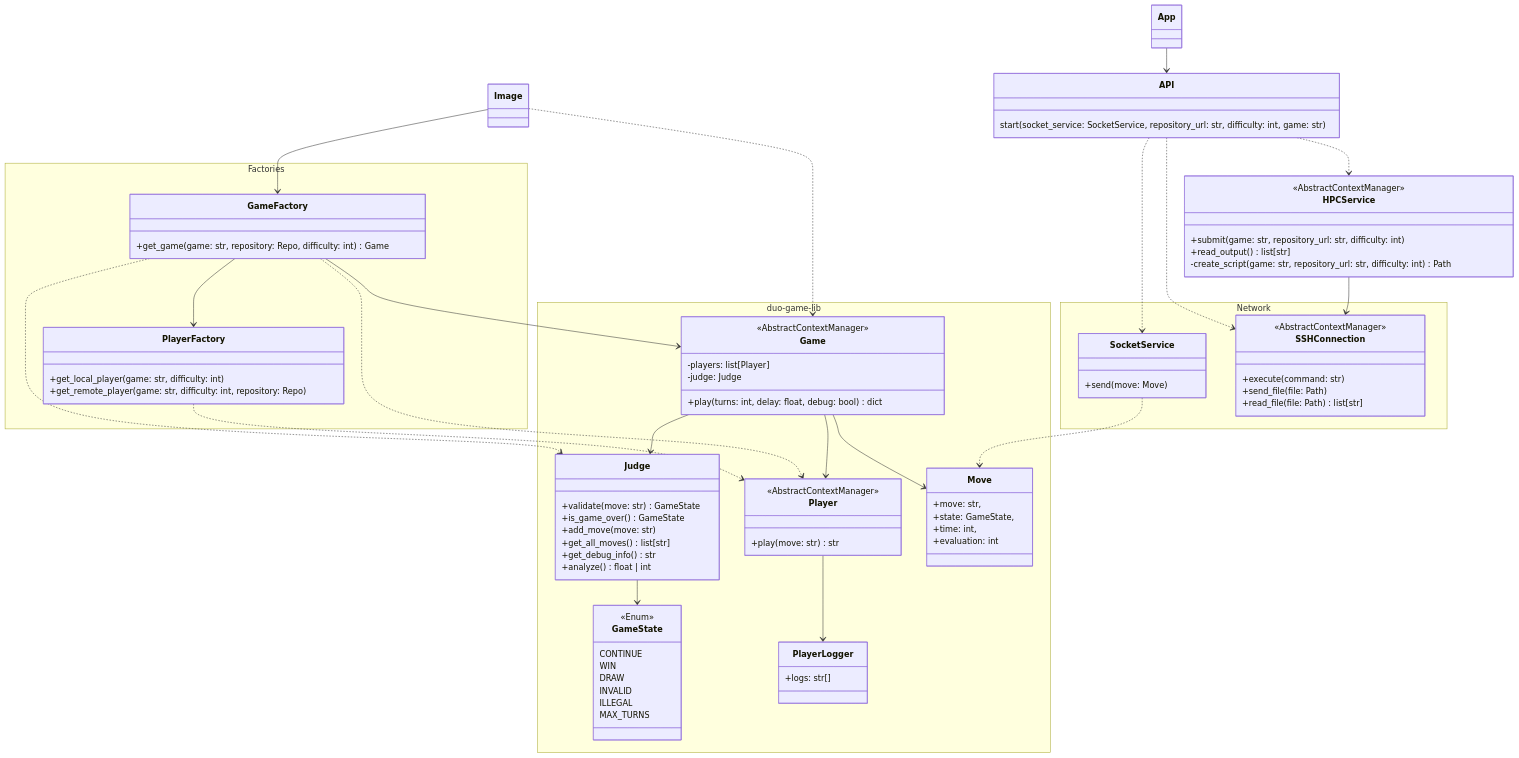
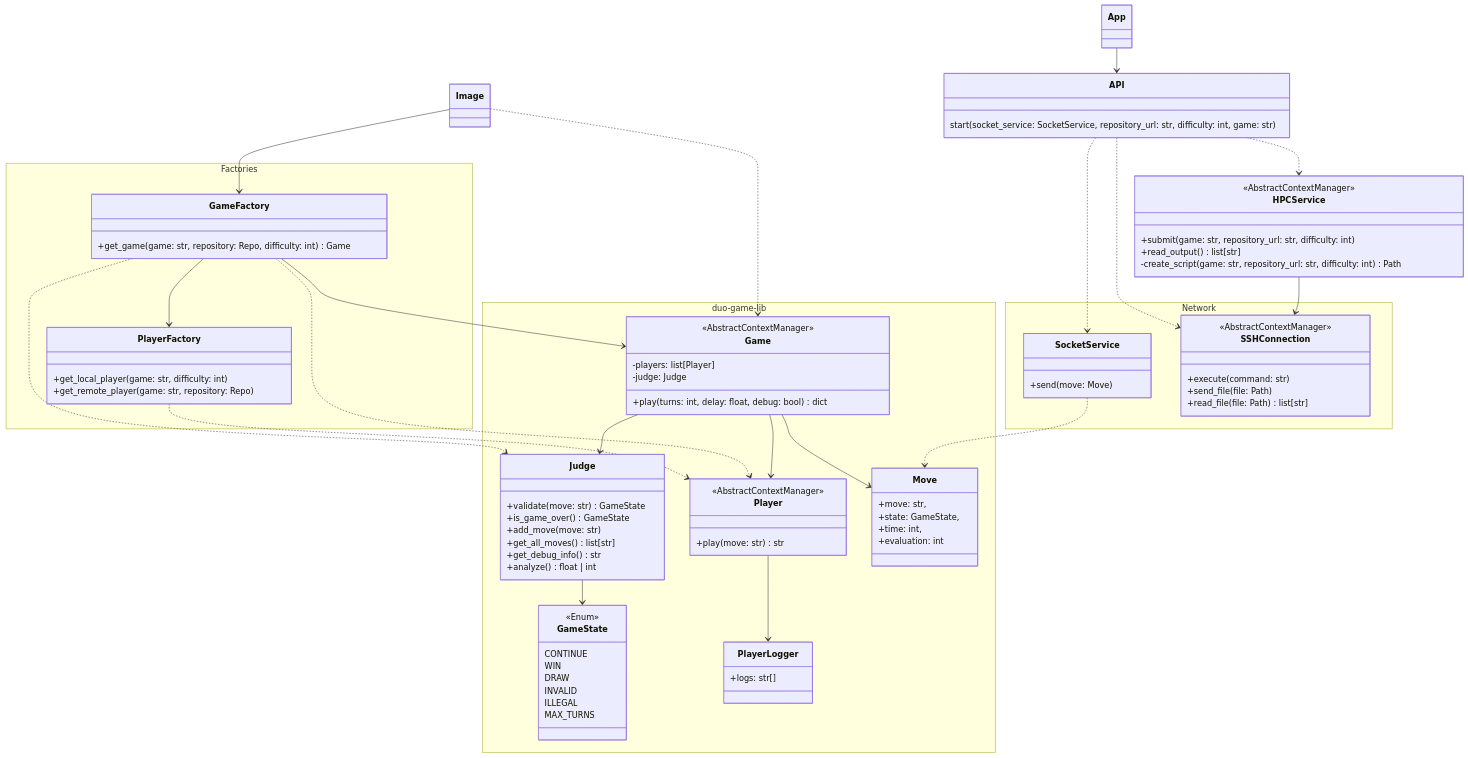
One commit to game-ai-platform-team/tira-ai-platform changed the third of 5 diagrams in docs/architecture.md. Above: the diagram before and after it, drawn with Mermaid.

Commit message:
docs(#119): Remove difficulty argument from PlayerFactory.get_remote_player

```diff
--- a/docs/architecture.md
+++ b/docs/architecture.md
@@ -163,7 +163,7 @@
 
     class PlayerFactory {
         +get_local_player(game: str, difficulty: int)
-        +get_remote_player(game: str, difficulty: int, repository: Repo)
+        +get_remote_player(game: str, repository: Repo)
     }
 }
 
```
